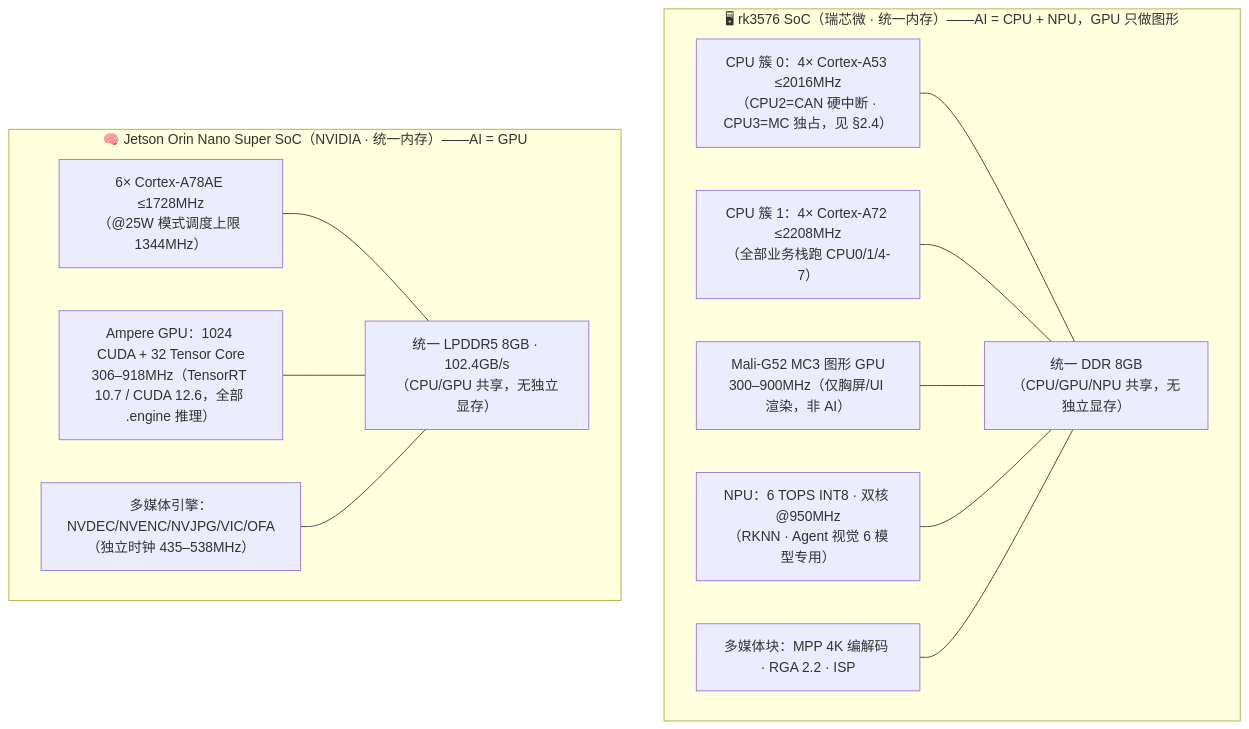
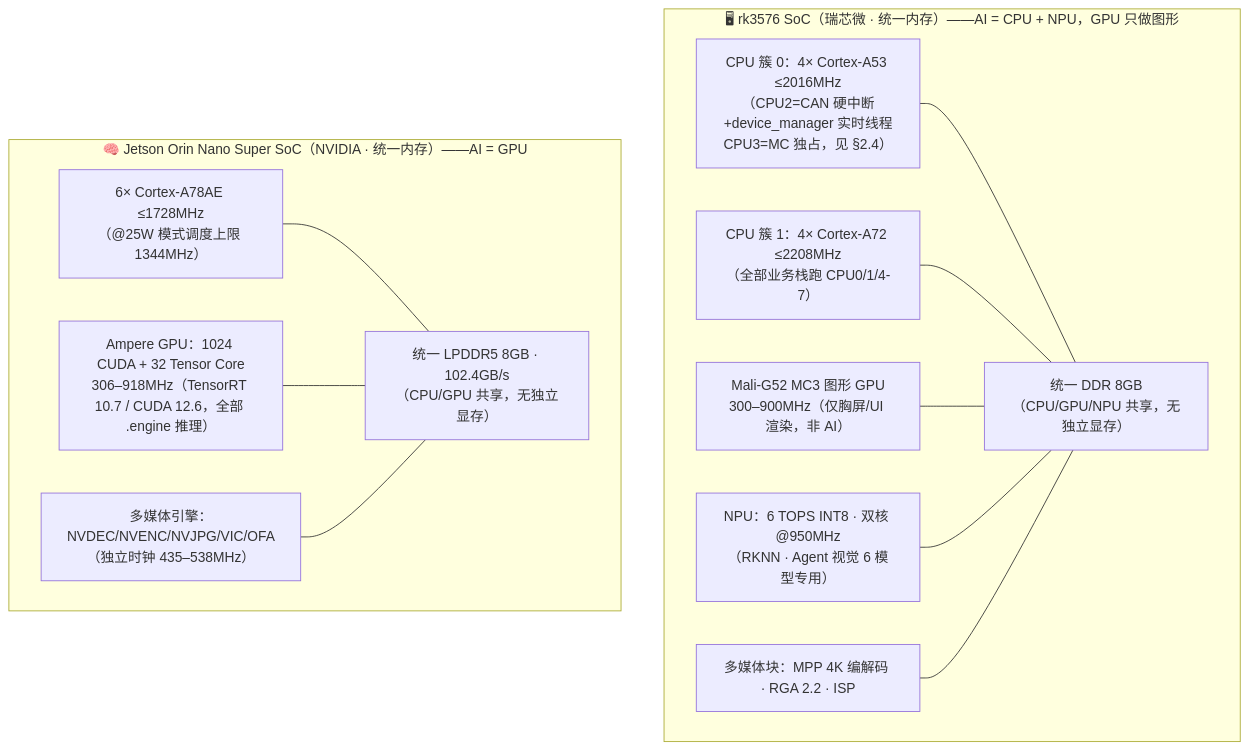
One commit to liqiliang9090/myrobot changed the first of 6 diagrams in t1-pro-orin-rk-analysis.md. Above: the diagram before and after it, drawn with Mermaid. The commit also changed other lines of this file, not shown here.

First line of the commit message:
§2.4 重构为隔离核线程级明细表：修正 mc 调度策略表述并新增 device_manager 实时线程发现

````diff
--- a/t1-pro-orin-rk-analysis.md
+++ b/t1-pro-orin-rk-analysis.md
@@ -94,19 +94,19 @@
 ```mermaid
 flowchart TB
     subgraph RK3576["🖥 rk3576 SoC（瑞芯微 · 统一内存）——AI = CPU + NPU，GPU 只做图形"]
-        RK_CPU0["CPU 簇 0：4× Cortex-A53 ≤2016MHz<br/>（CPU2=CAN 硬中断 · CPU3=MC 独占，见 §2.4）"]
+        RK_CPU0["CPU 簇 0：4× Cortex-A53 ≤2016MHz<br/>（CPU2=CAN 硬中断+device_manager 实时线程<br/>CPU3=MC 独占，见 §2.4）"]
         RK_CPU1["CPU 簇 1：4× Cortex-A72 ≤2208MHz<br/>（全部业务栈跑 CPU0/1/4-7）"]
         RK_GPU["Mali-G52 MC3 图形 GPU<br/>300–900MHz（仅胸屏/UI 渲染，非 AI）"]
         RK_NPU["NPU：6 TOPS INT8 · 双核 @950MHz<br/>（RKNN · Agent 视觉 6 模型专用）"]
         RK_MM["多媒体块：MPP 4K 编解码 · RGA 2.2 · ISP"]
         RK_DDR["统一 DDR 8GB<br/>（CPU/GPU/NPU 共享，无独立显存）"]
     end
     subgraph ORIN_SOC["🧠 Jetson Orin Nano Super SoC（NVIDIA · 统一内存）——AI = GPU"]
         O_CPU["6× Cortex-A78AE ≤1728MHz<br/>（@25W 模式调度上限 1344MHz）"]
         O_GPU["Ampere GPU：1024 CUDA + 32 Tensor Core<br/>306–918MHz（TensorRT 10.7 / CUDA 12.6，全部 .engine 推理）"]
         O_MM["多媒体引擎：NVDEC/NVENC/NVJPG/VIC/OFA<br/>（独立时钟 435–538MHz）"]
         O_DDR["统一 LPDDR5 8GB · 102.4GB/s<br/>（CPU/GPU 共享，无独立显存）"]
     end
     RK_CPU0 & RK_CPU1 & RK_GPU & RK_NPU & RK_MM --- RK_DDR
     O_CPU & O_GPU & O_MM --- O_DDR
 ```
````
